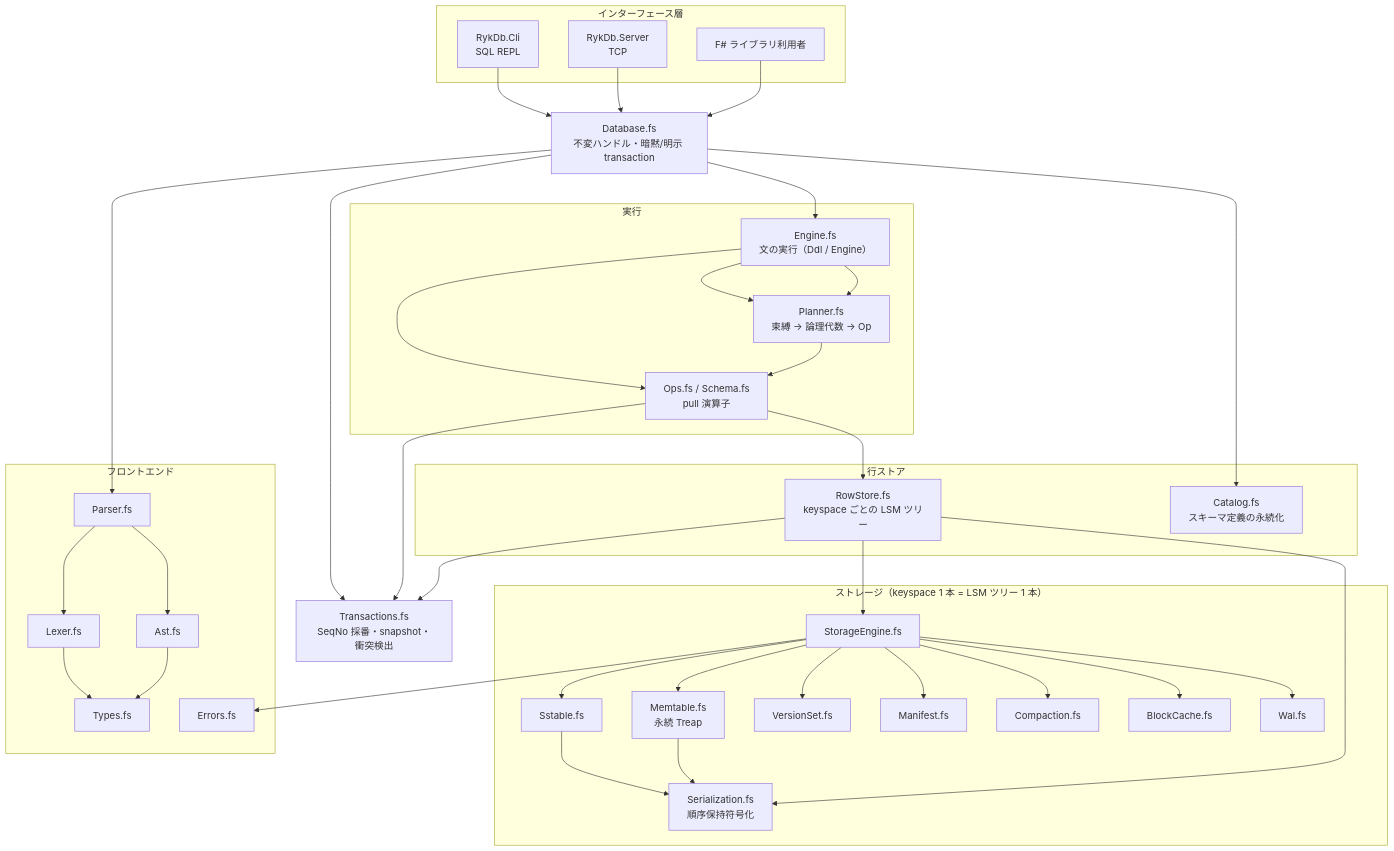
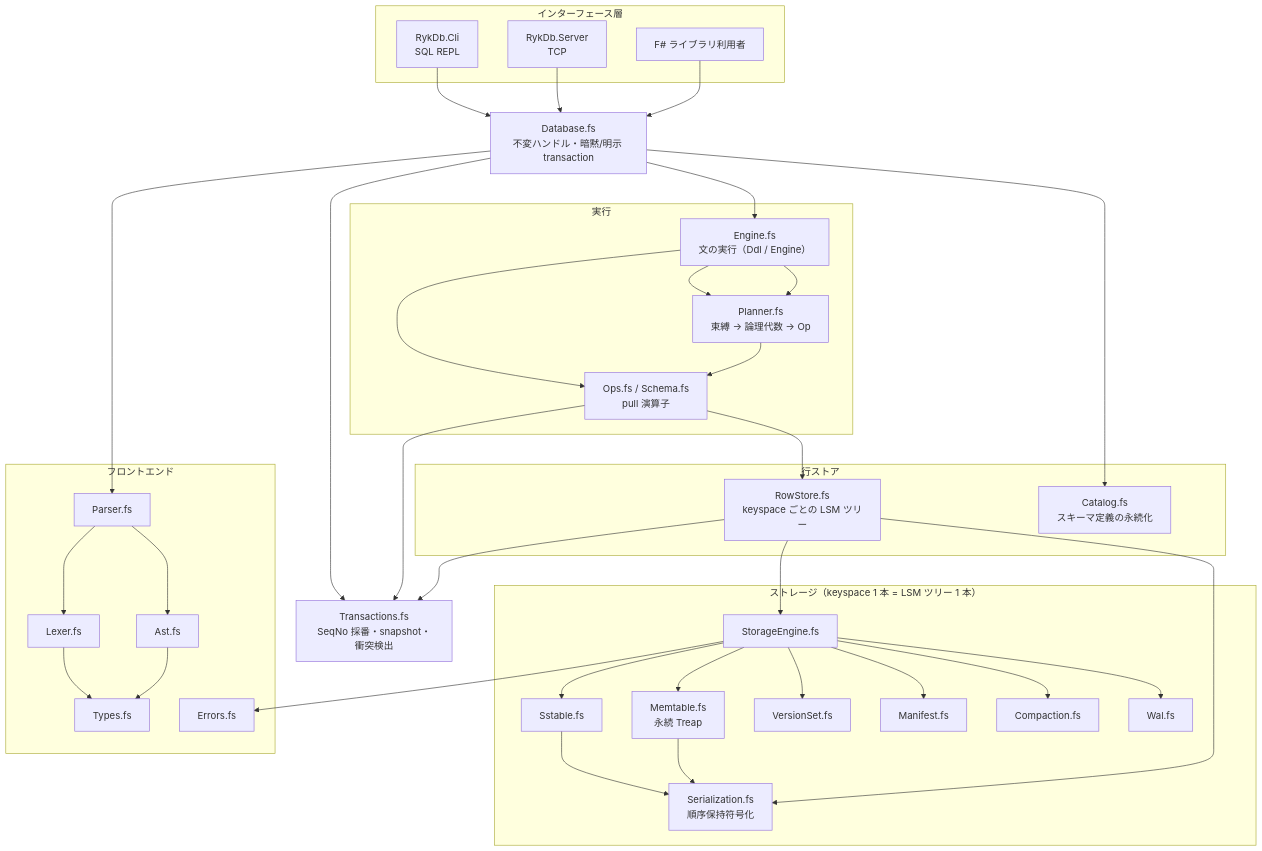
Before and after one commit to nwtks/rykdb: the first of 2 diagrams in docs/architecture.md, drawn with Mermaid. The commit also changed other lines of this file and 42 other files, not shown here.

Commit message:
Refactor: remove BlockCache and unused helpers, fold DmlOps into Engine.fs, relocate helpers closer to usage, simplify Compaction GC, reorder tests to mirror source structure

````diff
--- a/docs/architecture.md
+++ b/docs/architecture.md
@@ -30,74 +30,72 @@
 ```mermaid
 flowchart TB
     subgraph IF["インターフェース層"]
         CLI["RykDb.Cli<br/>SQL REPL"]
         SRV["RykDb.Server<br/>TCP"]
         LIB["F# ライブラリ利用者"]
     end
 
     DB["Database.fs<br/>不変ハンドル・暗黙/明示 transaction"]
 
     subgraph EX["実行"]
         EN["Engine.fs<br/>文の実行（Ddl / Engine）"]
         PL["Planner.fs<br/>束縛 → 論理代数 → Op"]
         OPS["Ops.fs / Schema.fs<br/>pull 演算子"]
     end
 
     subgraph ROW["行ストア"]
         RS["RowStore.fs<br/>keyspace ごとの LSM ツリー"]
         CAT["Catalog.fs<br/>スキーマ定義の永続化"]
     end
 
     MVCC["Transactions.fs<br/>SeqNo 採番・snapshot・衝突検出"]
 
     subgraph ST["ストレージ（keyspace 1 本 = LSM ツリー 1 本）"]
         SE["StorageEngine.fs"]
         MEM["Memtable.fs<br/>永続 Treap"]
         SST["Sstable.fs"]
         VS["VersionSet.fs"]
         MF["Manifest.fs"]
         CO["Compaction.fs"]
-        BC["BlockCache.fs"]
         WAL["Wal.fs"]
         SER["Serialization.fs<br/>順序保持符号化"]
     end
 
     subgraph FE["フロントエンド"]
         P["Parser.fs"]
         L["Lexer.fs"]
         A["Ast.fs"]
         T["Types.fs"]
         E["Errors.fs"]
     end
 
     CLI --> DB
     SRV --> DB
     LIB --> DB
     DB --> EN
     DB --> CAT
     DB --> MVCC
     EN --> PL
     EN --> PL
     EN --> OPS
     PL --> OPS
     OPS --> RS
     OPS --> MVCC
     RS --> SE
     RS --> MVCC
     SE --> MEM
     SE --> SST
     SE --> VS
     SE --> MF
     SE --> CO
-    SE --> BC
     SE --> WAL
     SST --> SER
     MEM --> SER
     RS --> SER
     DB --> P
     P --> L
     P --> A
     L --> T
     A --> T
     SE --> E
 ```
````
